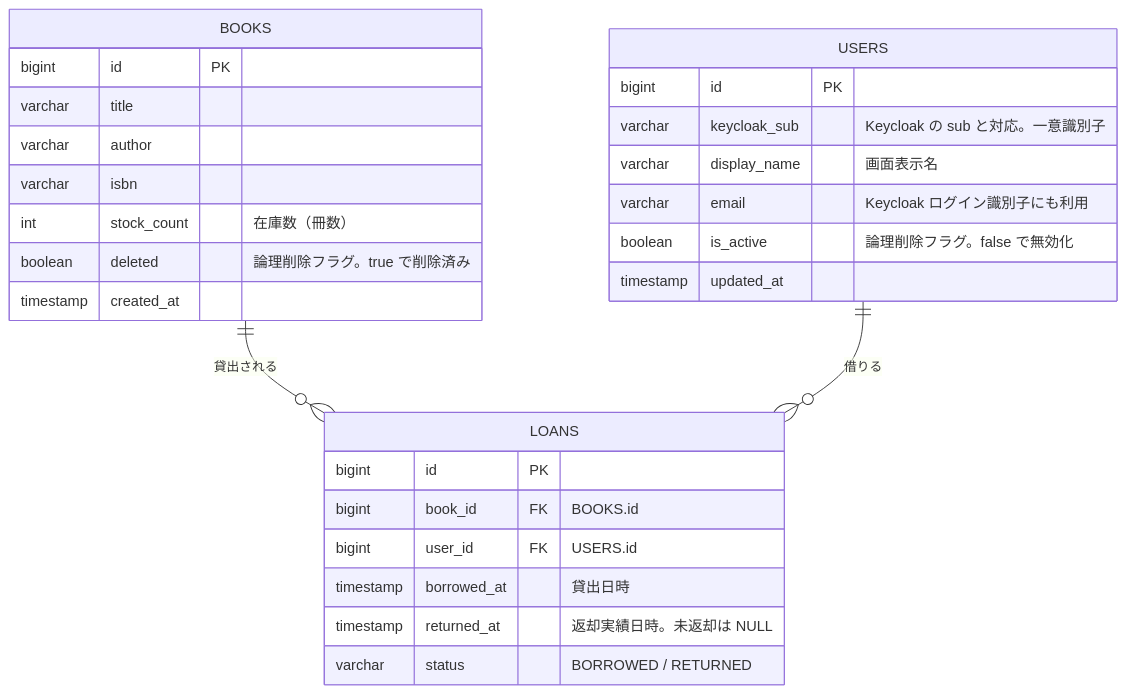
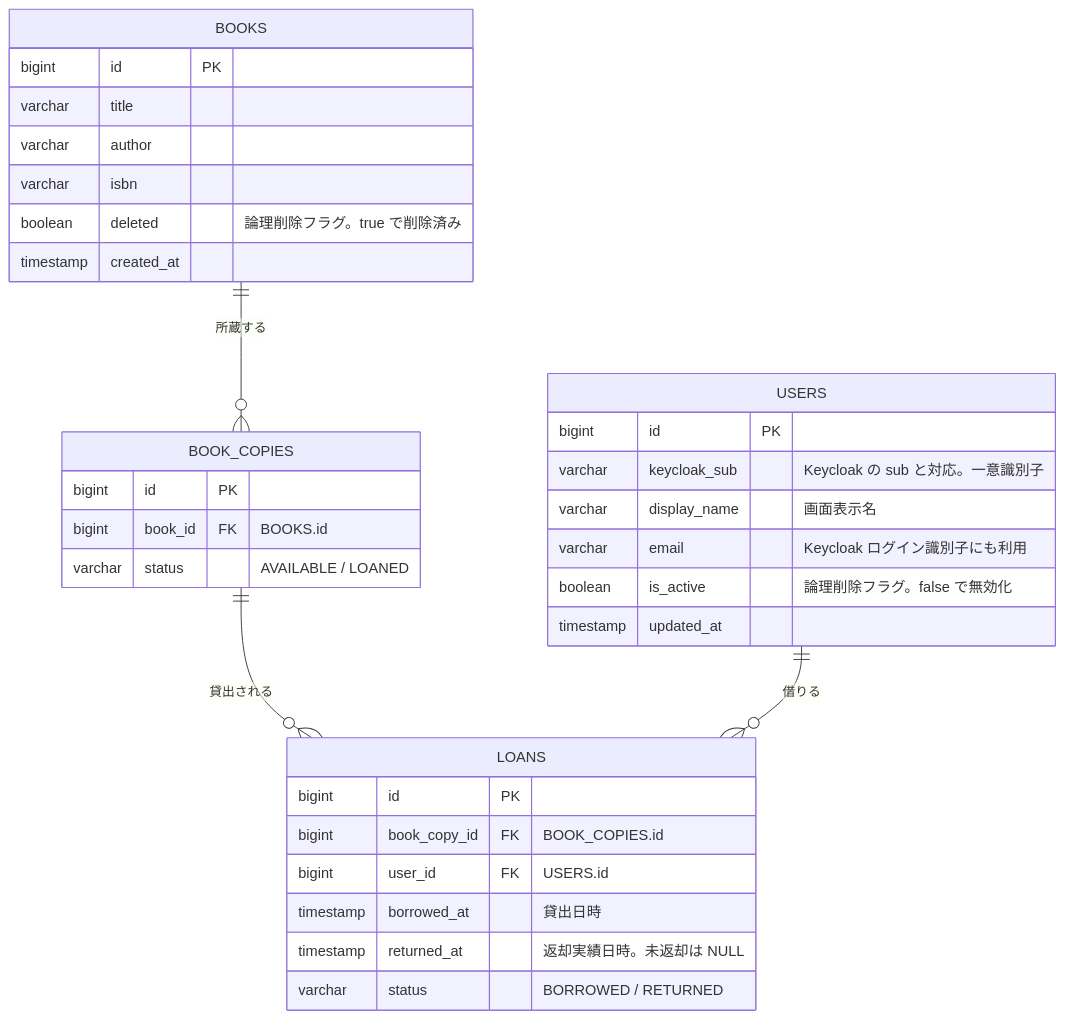
Before and after one commit to muscat2356/Book-Collection-Manager: the diagram in docs/er-diagram.md, drawn with Mermaid. The commit also changed other lines of this file and 11 other files, not shown here.

````diff
--- a/docs/er-diagram.md
+++ b/docs/er-diagram.md
@@ -9,31 +9,36 @@
 ```mermaid
 erDiagram
-    BOOKS ||--o{ LOANS : "貸出される"
+    BOOKS ||--o{ BOOK_COPIES : "所蔵する"
+    BOOK_COPIES ||--o{ LOANS : "貸出される"
     USERS ||--o{ LOANS : "借りる"
 
     BOOKS {
         bigint id PK
         varchar title
         varchar author
         varchar isbn
-        int stock_count "在庫数（冊数）"
         boolean deleted "論理削除フラグ。true で削除済み"
         timestamp created_at
+    }
+    BOOK_COPIES {
+        bigint id PK
+        bigint book_id FK "BOOKS.id"
+        varchar status "AVAILABLE / LOANED"
     }
     USERS {
         bigint id PK
         varchar keycloak_sub "Keycloak の sub と対応。一意識別子"
         varchar display_name "画面表示名"
         varchar email "Keycloak ログイン識別子にも利用"
         boolean is_active "論理削除フラグ。false で無効化"
         timestamp updated_at
     }
     LOANS {
         bigint id PK
-        bigint book_id FK "BOOKS.id"
+        bigint book_copy_id FK "BOOK_COPIES.id"
         bigint user_id FK "USERS.id"
         timestamp borrowed_at "貸出日時"
         timestamp returned_at "返却実績日時。未返却は NULL"
         varchar status "BORROWED / RETURNED"
     }
 ```
````
